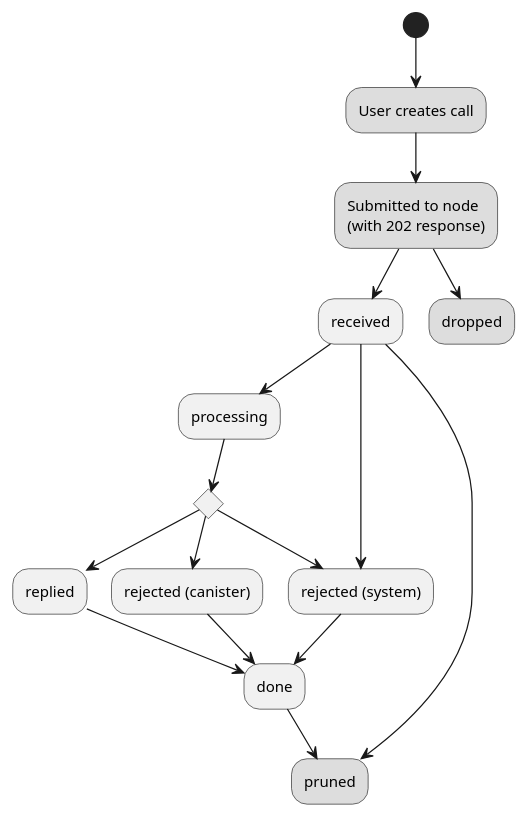
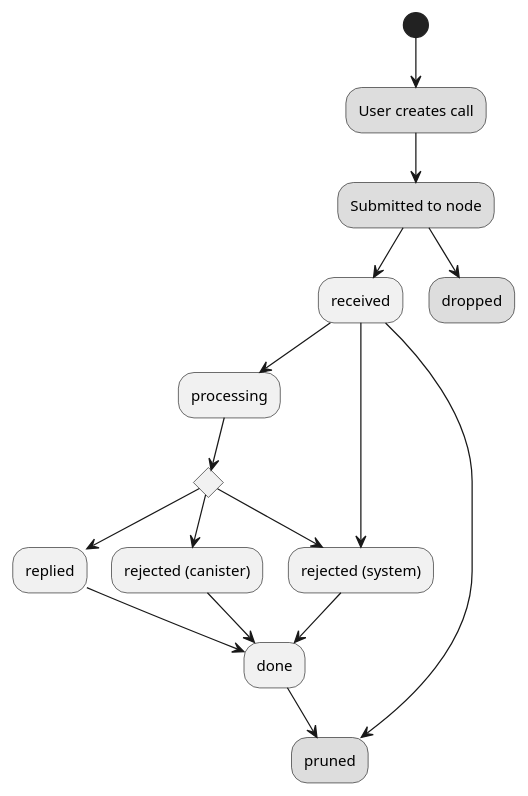
One commit to dfinity/interface-spec changed the second of 2 diagrams in spec/index.md. Above: the diagram before and after it, drawn with PlantUML. The commit also changed other lines of this file and 2 other files, not shown here.

````diff
--- a/spec/index.md
+++ b/spec/index.md
@@ -604,22 +598,22 @@
 ```plantuml
     (*) --> "User creates call" #DDDDDD
-       --> "Submitted to node\n(with 202 response)" as submit #DDDDDD
+       --> "Submitted to node" as submit #DDDDDD
        --> "received"
        --> "processing"
     if "" as X then
       --> "replied"
       --> "done"
       else
       --> "rejected (canister)"
       --> "done"
 
       "X"        --> "rejected (system)"
       "received" --> "rejected (system)"
                  --> "done"
 
       "received" --> "pruned" #DDDDDD
       "submit" --> "dropped" #DDDDDD
       "done" --> "pruned" #DDDDDD
 
     endif
 ```
````
